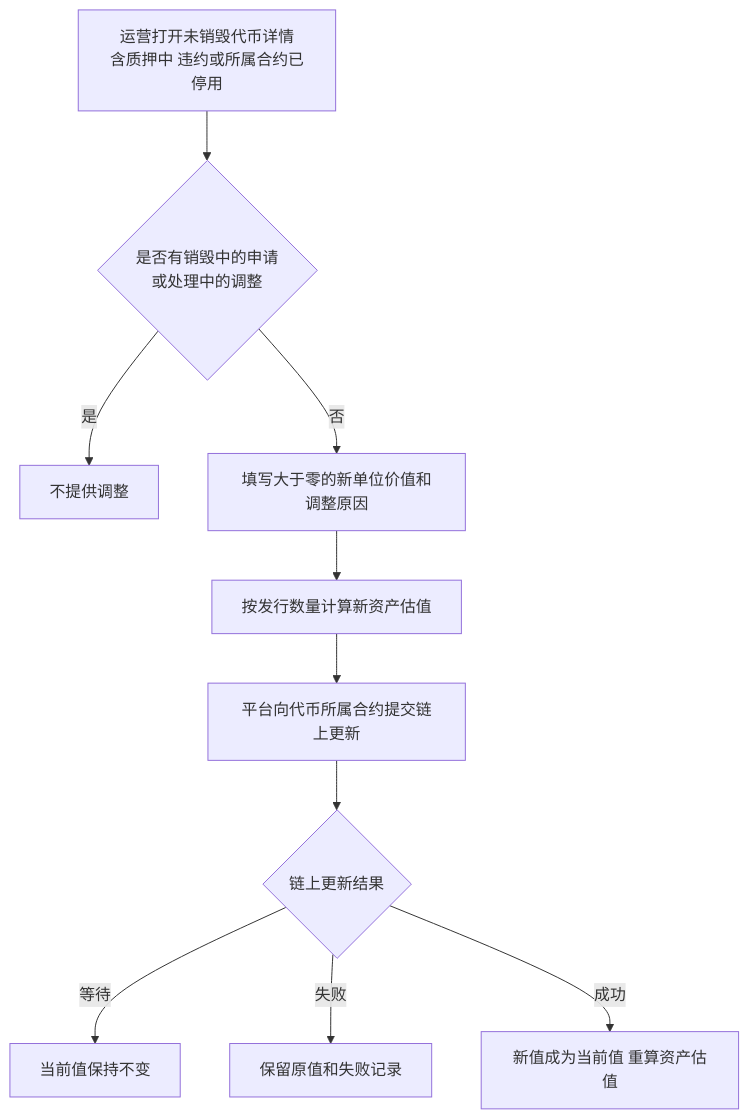
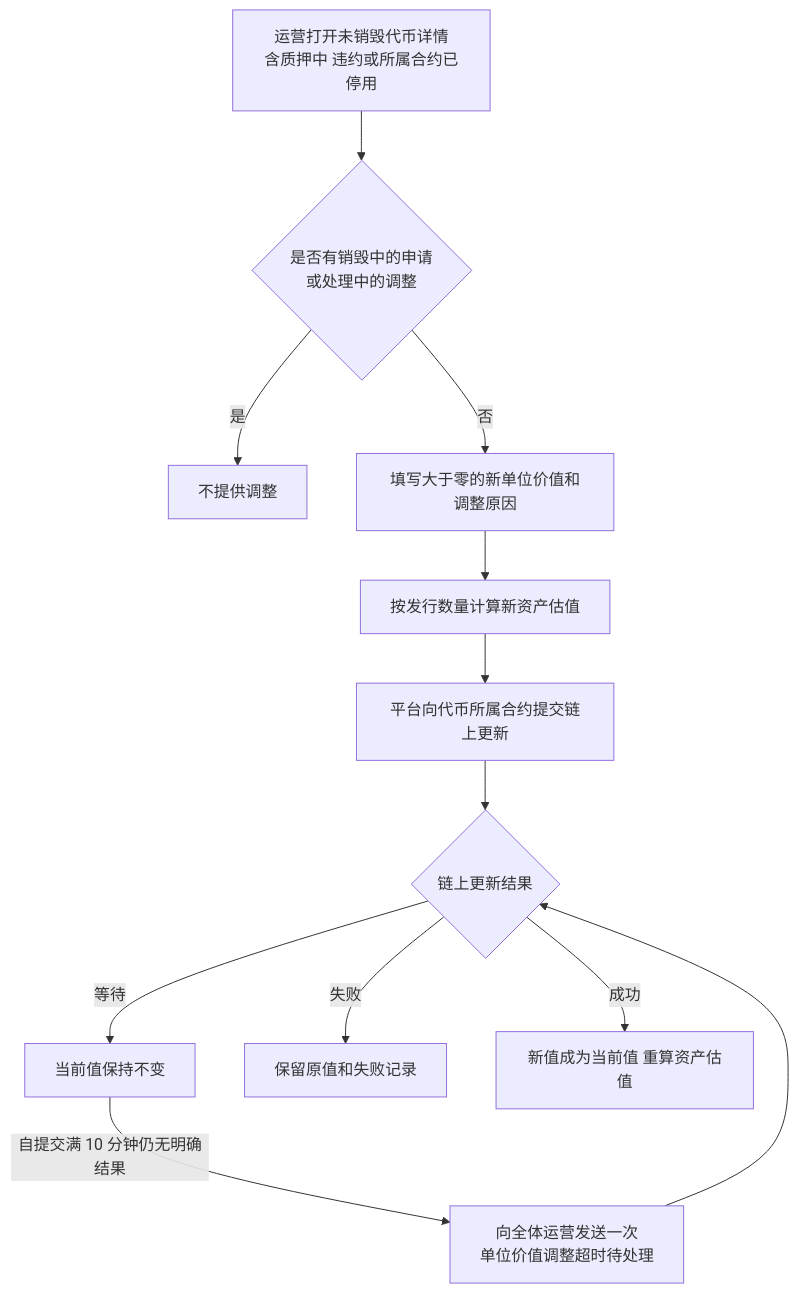
One commit to wxblockchain/Chain-Financing changed the fifth of 5 diagrams in token-issuance-platform/PRD/管理端/M4b-销毁审核与解除质押/02-销毁审核与解除质押-流程图与状态机.md. Above: the diagram before and after it, drawn with Mermaid. The commit also changed other lines of this file and 21 other files, not shown here.

````diff
--- a/token-issuance-platform/PRD/管理端/M4b-销毁审核与解除质押/02-销毁审核与解除质押-流程图与状态机.md
+++ b/token-issuance-platform/PRD/管理端/M4b-销毁审核与解除质押/02-销毁审核与解除质押-流程图与状态机.md
@@ -104,12 +108,14 @@
 ```mermaid
 flowchart TD
     A[运营打开未销毁代币详情<br/>含质押中 违约或所属合约已停用] --> A1{是否有销毁中的申请<br/>或处理中的调整}
     A1 -->|是| A2[不提供调整]
     A1 -->|否| B[填写大于零的新单位价值和调整原因]
     B --> C[按发行数量计算新资产估值]
     C --> C1[平台向代币所属合约提交链上更新]
     C1 --> D{链上更新结果}
     D -->|等待| E[当前值保持不变]
+    E -->|自提交满 10 分钟仍无明确结果| E1[向全体运营发送一次<br/>单位价值调整超时待处理]
+    E1 --> D
     D -->|失败| F[保留原值和失败记录]
     D -->|成功| G[新值成为当前值 重算资产估值]
 ```
````
